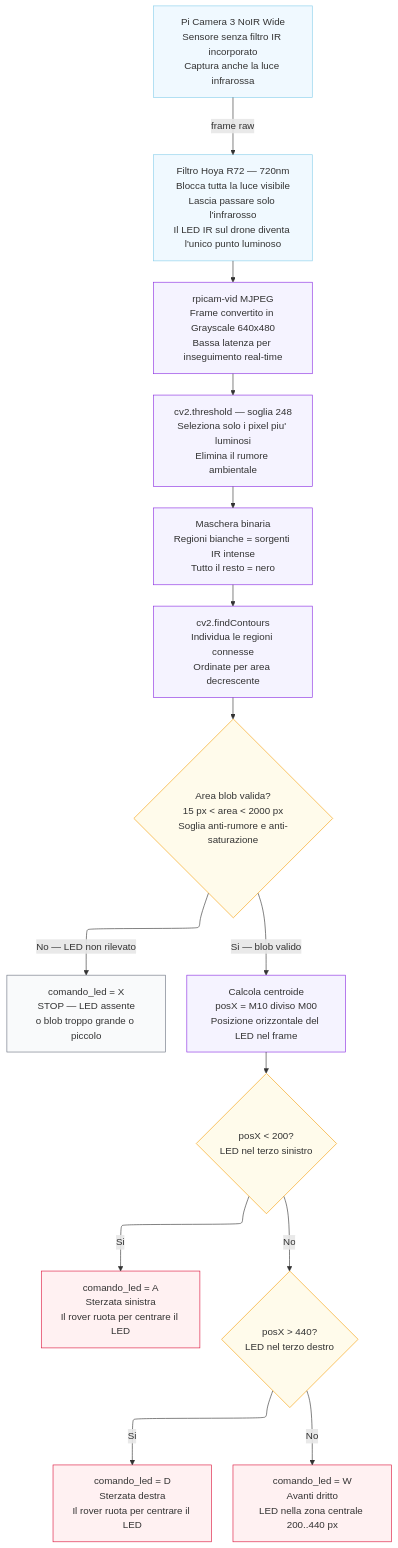
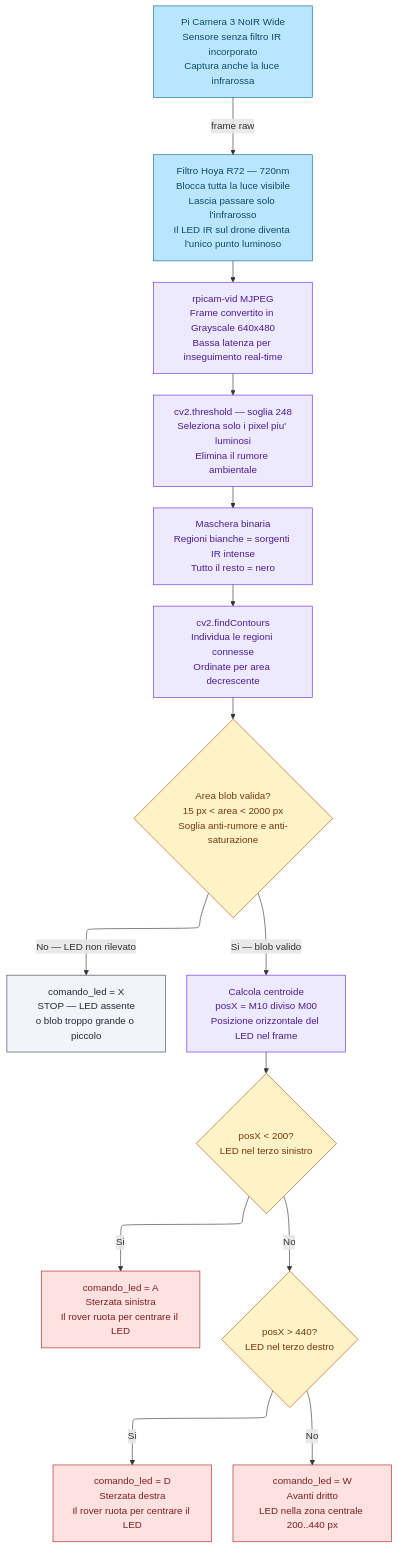
One commit to ITC-V-A-Ruiz-Dip-di-Inf-e-Telecom/dronebot-2026 changed the fourth of 4 diagrams in README.md. Above: the diagram before and after it, drawn with Mermaid. The commit also changed other lines of this file, not shown here.

````diff
--- a/README.md
+++ b/README.md
@@ -450,41 +456,41 @@
 ```mermaid
 ---
 config:
   layout: elk
 ---
 flowchart TD
-    classDef sensor stroke:#87ceeb,fill:#f0f9ff
-    classDef process stroke:#8a2be2,fill:#f5f3ff
-    classDef decision stroke:#f59e0b,fill:#fffbeb
-    classDef command stroke:#dc143c,fill:#fff1f2
-    classDef stop stroke:#6b7280,fill:#f9fafb
+    classDef sensor stroke:#0369a1,fill:#bae6fd,color:#0c4a6e
+    classDef process stroke:#6d28d9,fill:#ede9fe,color:#4c1d95
+    classDef decision stroke:#b45309,fill:#fef3c7,color:#78350f
+    classDef command stroke:#b91c1c,fill:#fee2e2,color:#7f1d1d
+    classDef stop stroke:#374151,fill:#f1f5f9,color:#1f2937
 
     CAM["Pi Camera 3 NoIR Wide\nSensore senza filtro IR incorporato\nCaptura anche la luce infrarossa"]:::sensor
     FILT["Filtro Hoya R72 — 720nm\nBlocca tutta la luce visibile\nLascia passare solo l'infrarosso\nIl LED IR sul drone diventa l'unico punto luminoso"]:::sensor
     GRAY["rpicam-vid MJPEG\nFrame convertito in Grayscale 640x480\nBassa latenza per inseguimento real-time"]:::process
     THR["cv2.threshold — soglia 248\nSeleziona solo i pixel piu' luminosi\nElimina il rumore ambientale"]:::process
     MASK["Maschera binaria\nRegioni bianche = sorgenti IR intense\nTutto il resto = nero"]:::process
     CNT["cv2.findContours\nIndividua le regioni connesse\nOrdinate per area decrescente"]:::process
     AREA{"Area blob valida?\n15 px < area < 2000 px\nSoglia anti-rumore e anti-saturazione"}:::decision
     STOP["comando_led = X\nSTOP — LED assente\no blob troppo grande o piccolo"]:::stop
     POS["Calcola centroide\nposX = M10 diviso M00\nPosizione orizzontale del LED nel frame"]:::process
     L{"posX < 200?\nLED nel terzo sinistro"}:::decision
     A["comando_led = A\nSterzata sinistra\nIl rover ruota per centrare il LED"]:::command
     R{"posX > 440?\nLED nel terzo destro"}:::decision
     D["comando_led = D\nSterzata destra\nIl rover ruota per centrare il LED"]:::command
     W["comando_led = W\nAvanti dritto\nLED nella zona centrale 200..440 px"]:::command
 
     CAM -->|frame raw| FILT
     FILT --> GRAY
     GRAY --> THR
     THR --> MASK
     MASK --> CNT
     CNT --> AREA
     AREA -->|No — LED non rilevato| STOP
     AREA -->|Si — blob valido| POS
     POS --> L
     L -->|Si| A
     L -->|No| R
     R -->|Si| D
     R -->|No| W
 ```
````
